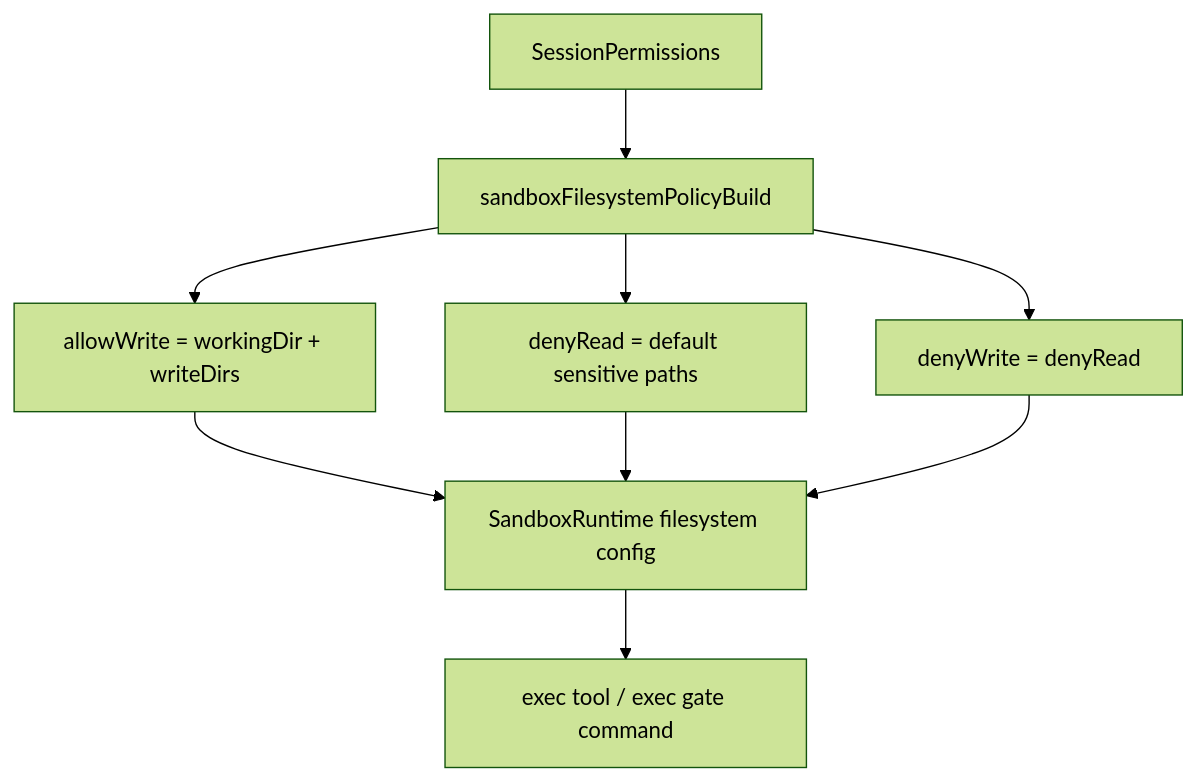
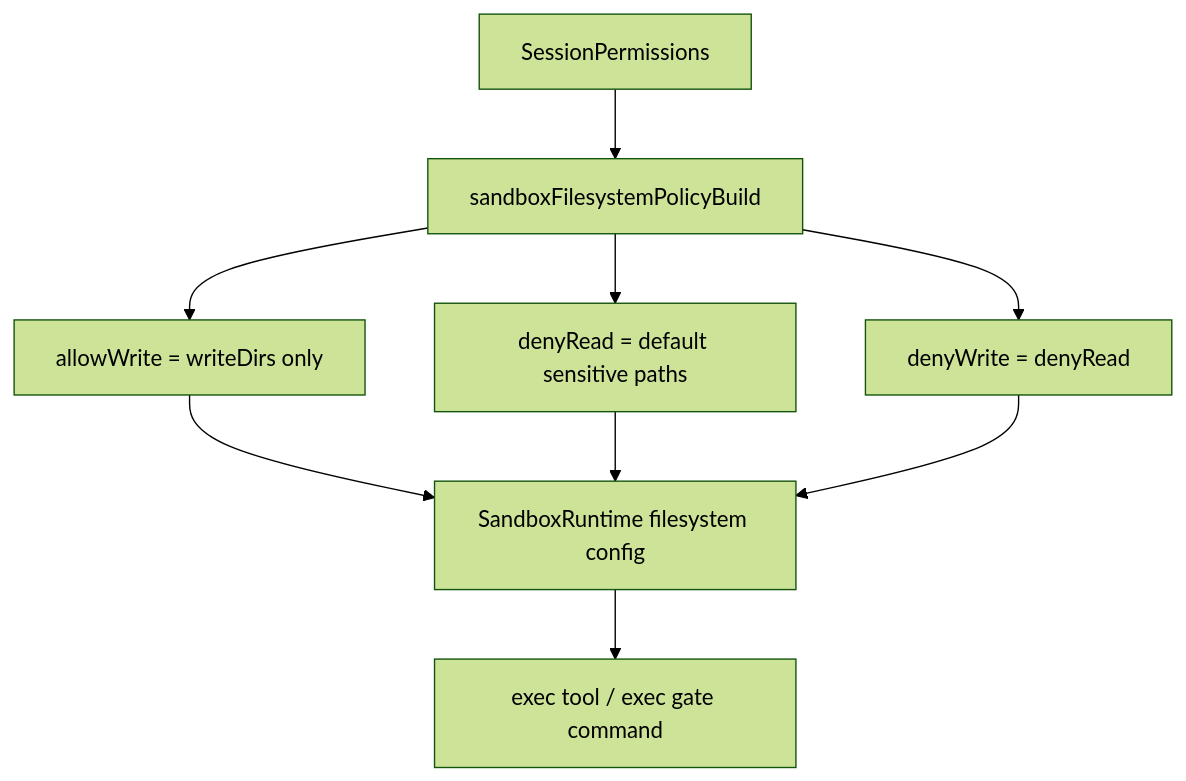
Before and after one commit to ex3ndr/daycare: the diagram in docs/exec-filesystem-denylist.md, drawn with Mermaid (forest theme). The commit also changed other lines of this file and 9 other files, not shown here.

Commit message:
fix(sandbox): remove implicit workingDir write access

````diff
--- a/docs/exec-filesystem-denylist.md
+++ b/docs/exec-filesystem-denylist.md
@@ -16,11 +16,11 @@
 ```mermaid
 flowchart TD
   A[SessionPermissions] --> B[sandboxFilesystemPolicyBuild]
-  B --> C[allowWrite = workingDir + writeDirs]
+  B --> C[allowWrite = writeDirs only]
   B --> D[denyRead = default sensitive paths]
   B --> E[denyWrite = denyRead]
   C --> F[SandboxRuntime filesystem config]
   D --> F
   E --> F
   F --> G[exec tool / exec gate command]
 ```
````
